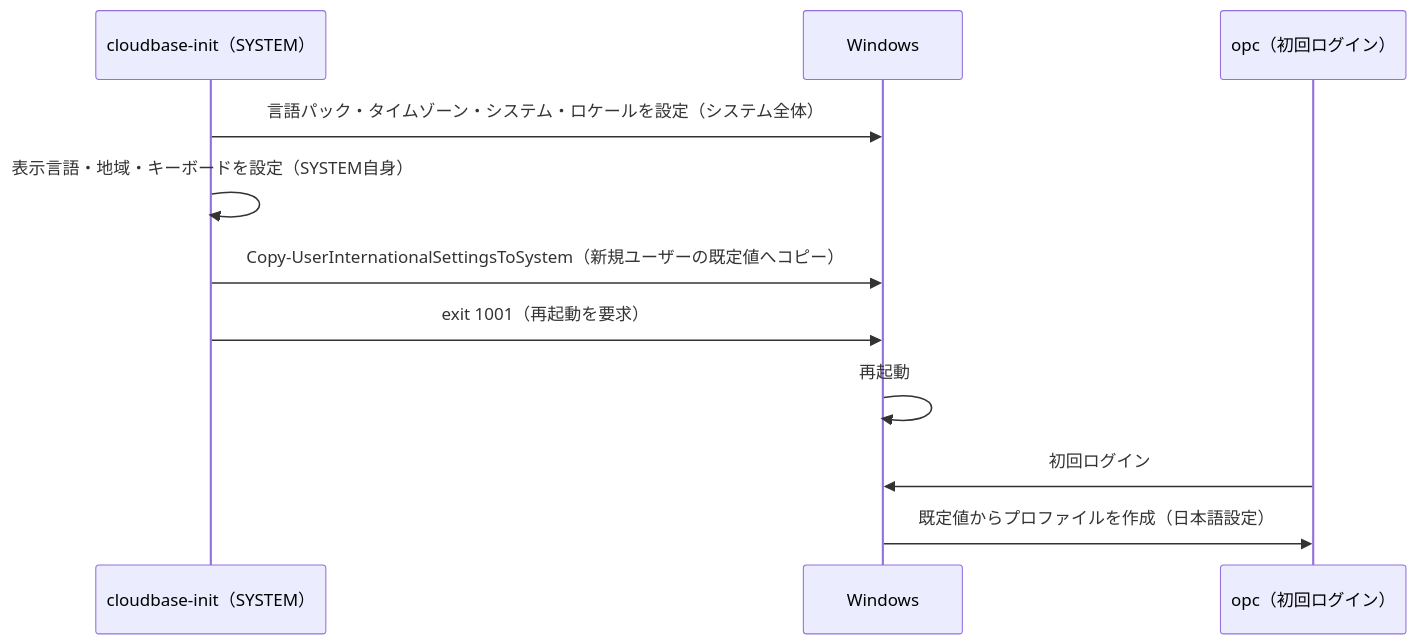
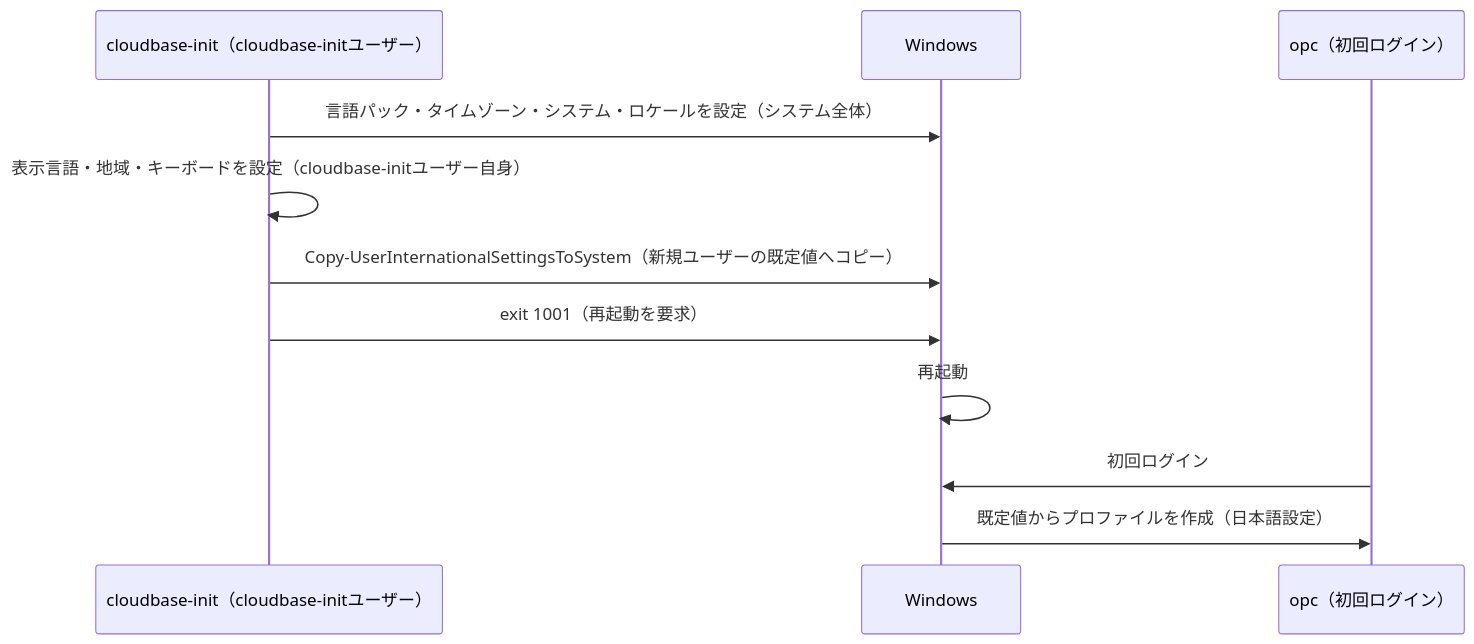
One commit to tyskJ/oci-os-management-hub-organize changed the diagram in docs/windows-userdata.md. Above: the diagram before and after it, drawn with Mermaid. The commit also changed other lines of this file and 1 other file, not shown here.

````diff
--- a/docs/windows-userdata.md
+++ b/docs/windows-userdata.md
@@ -44,13 +48,13 @@
 ```mermaid
 sequenceDiagram
-    participant CI as cloudbase-init（SYSTEM）
+    participant CI as cloudbase-init（cloudbase-initユーザー）
     participant OS as Windows
     participant U as opc（初回ログイン）
     CI->>OS: 言語パック・タイムゾーン・システム・ロケールを設定（システム全体）
-    CI->>CI: 表示言語・地域・キーボードを設定（SYSTEM自身）
+    CI->>CI: 表示言語・地域・キーボードを設定（cloudbase-initユーザー自身）
     CI->>OS: Copy-UserInternationalSettingsToSystem（新規ユーザーの既定値へコピー）
     CI->>OS: exit 1001（再起動を要求）
     OS->>OS: 再起動
     U->>OS: 初回ログイン
     OS->>U: 既定値からプロファイルを作成（日本語設定）
 ```
````
